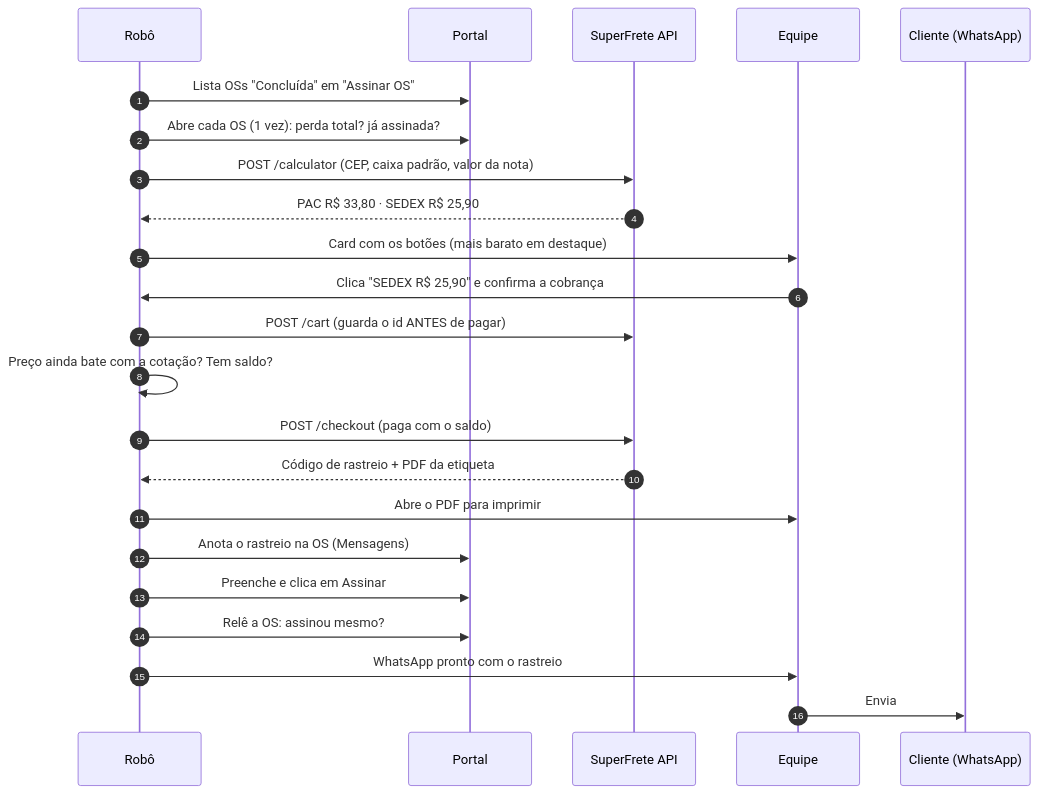
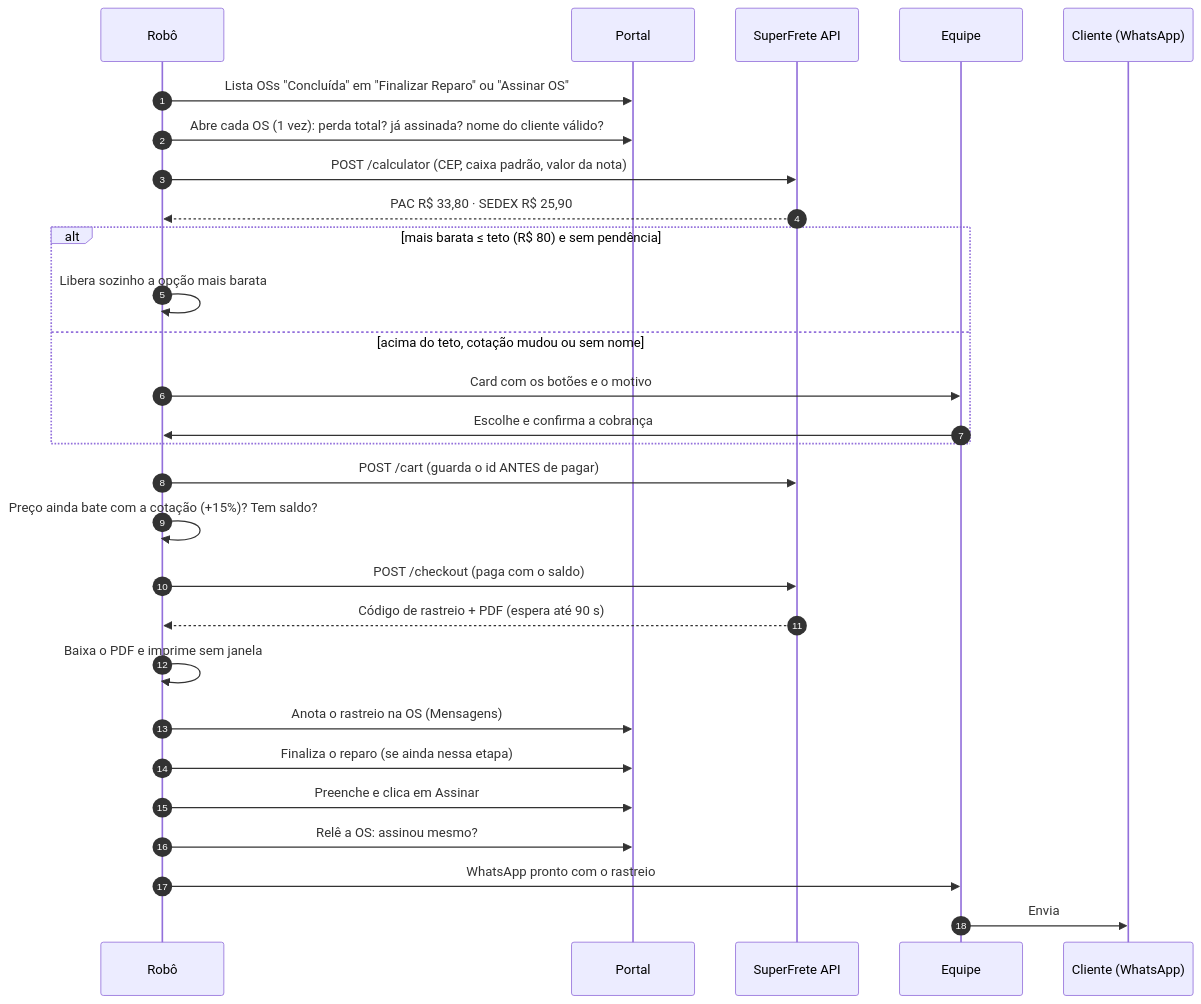
One commit to sauleromorales/robo-prestador changed the fourth of 6 diagrams in README.md. Above: the diagram before and after it, drawn with Mermaid. The commit also changed other lines of this file, not shown here.

Commit message:
README: etiqueta automática, impressão, recarga Pix, sistema interno e robustez

````diff
--- a/README.md
+++ b/README.md
@@ -136,26 +148,31 @@
 ```mermaid
 sequenceDiagram
     autonumber
     participant R as Robô
     participant P as Portal
     participant S as SuperFrete API
     participant E as Equipe
     participant C as Cliente (WhatsApp)
 
-    R->>P: Lista OSs "Concluída" em "Assinar OS"
-    R->>P: Abre cada OS (1 vez): perda total? já assinada?
+    R->>P: Lista OSs "Concluída" em "Finalizar Reparo" ou "Assinar OS"
+    R->>P: Abre cada OS (1 vez): perda total? já assinada? nome do cliente válido?
     R->>S: POST /calculator (CEP, caixa padrão, valor da nota)
     S-->>R: PAC R$ 33,80 · SEDEX R$ 25,90
-    R->>E: Card com os botões (mais barato em destaque)
-    E->>R: Clica "SEDEX R$ 25,90" e confirma a cobrança
+    alt mais barata ≤ teto (R$ 80) e sem pendência
+        R->>R: Libera sozinho a opção mais barata
+    else acima do teto, cotação mudou ou sem nome
+        R->>E: Card com os botões e o motivo
+        E->>R: Escolhe e confirma a cobrança
+    end
     R->>S: POST /cart (guarda o id ANTES de pagar)
-    R->>R: Preço ainda bate com a cotação? Tem saldo?
+    R->>R: Preço ainda bate com a cotação (+15%)? Tem saldo?
     R->>S: POST /checkout (paga com o saldo)
-    S-->>R: Código de rastreio + PDF da etiqueta
-    R->>E: Abre o PDF para imprimir
+    S-->>R: Código de rastreio + PDF (espera até 90 s)
+    R->>R: Baixa o PDF e imprime sem janela
     R->>P: Anota o rastreio na OS (Mensagens)
+    R->>P: Finaliza o reparo (se ainda nessa etapa)
     R->>P: Preenche e clica em Assinar
     R->>P: Relê a OS: assinou mesmo?
     R->>E: WhatsApp pronto com o rastreio
     E->>C: Envia
 ```
````
